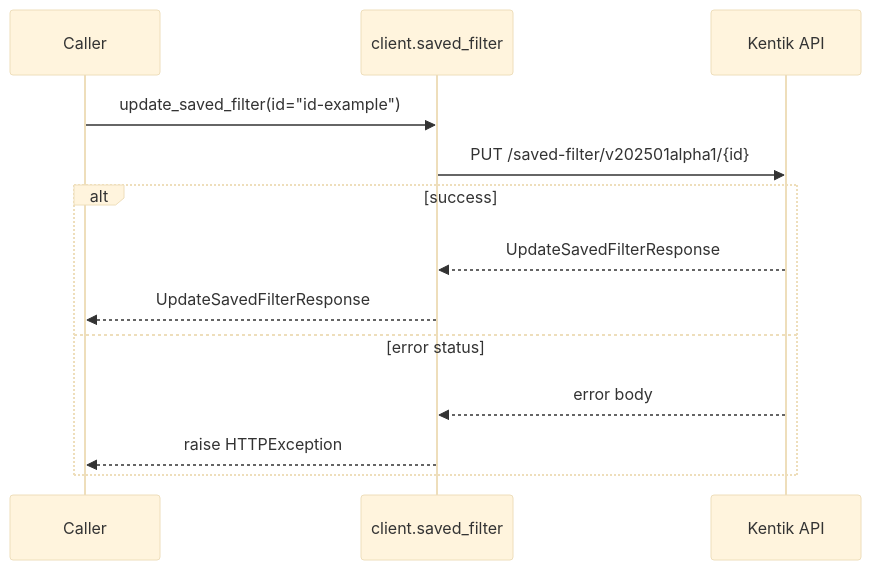
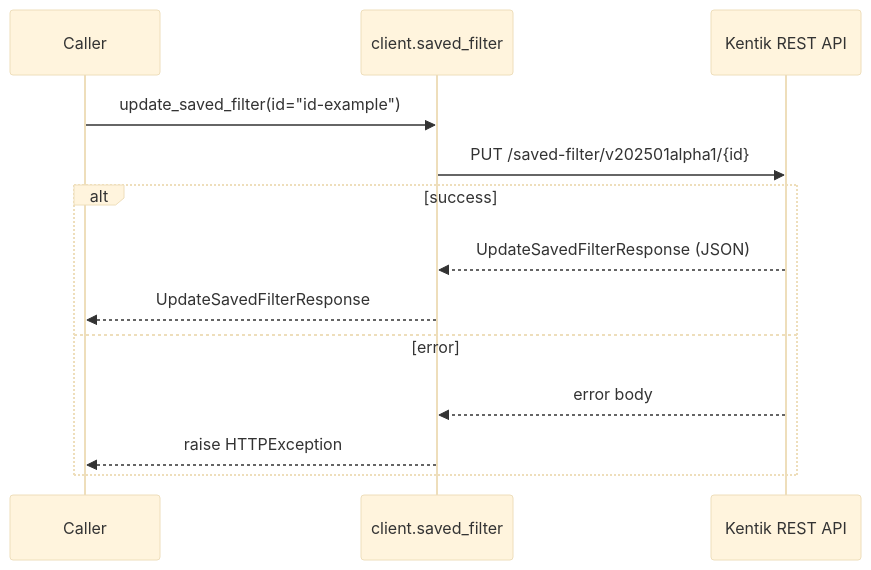
The sixth of 14 diagrams in docs/sphinx/services/saved_filter.md (alexdearaujo/community_sdk_python), drawn with Mermaid (base theme) before and after one commit. The commit also changed other lines of this file and 61 other files, not shown here.

````diff
--- a/docs/sphinx/services/saved_filter.md
+++ b/docs/sphinx/services/saved_filter.md
@@ -131,16 +183,16 @@
 ```mermaid
 sequenceDiagram
     participant C as Caller
     participant W as client.saved_filter
-    participant API as Kentik API
+    participant API as Kentik REST API
 
     C->>W: update_saved_filter(id="id-example")
     W->>API: PUT /saved-filter/v202501alpha1/{id}
     alt success
-        API-->>W: UpdateSavedFilterResponse
+        API-->>W: UpdateSavedFilterResponse (JSON)
         W-->>C: UpdateSavedFilterResponse
-    else error status
+    else error
         API-->>W: error body
         W-->>C: raise HTTPException
     end
 ```
````
